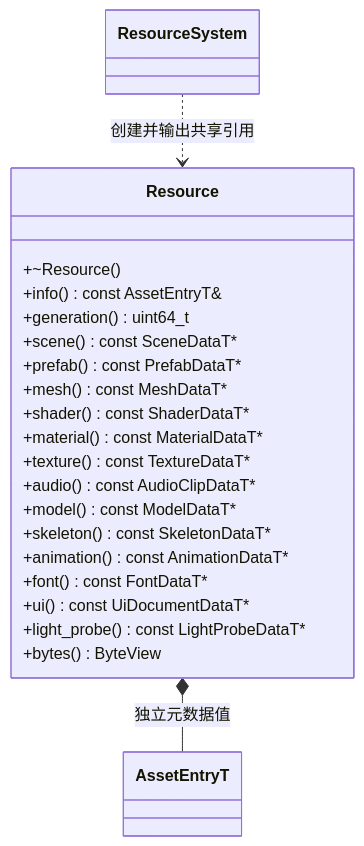
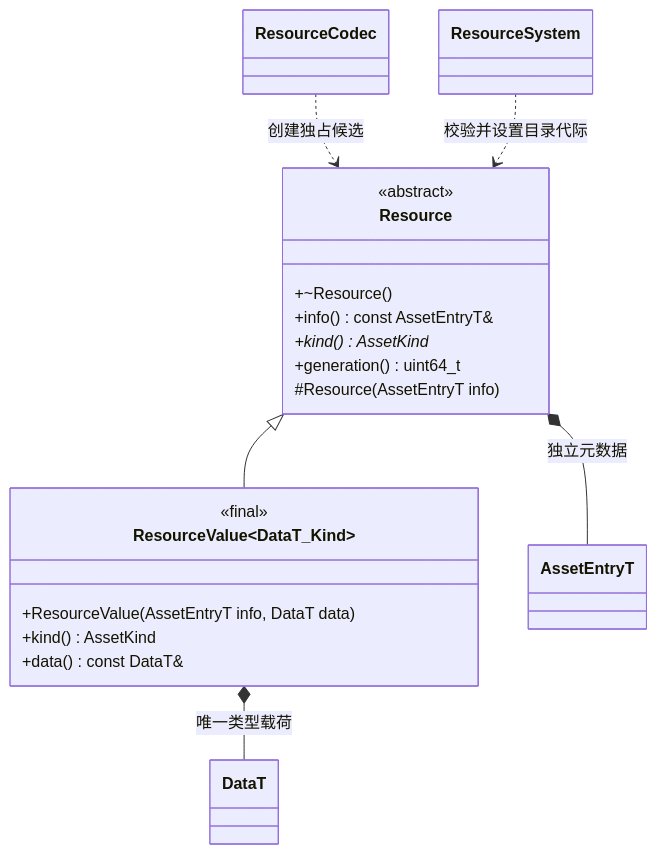
The first of 2 diagrams in docs/runtime/class-diagrams/resource.md (lcals/Engine), drawn with Mermaid before and after one commit. The commit also changed other lines of this file and 391 other files, not shown here.

````diff
--- a/docs/runtime/class-diagrams/resource.md
+++ b/docs/runtime/class-diagrams/resource.md
@@ -7,26 +9,26 @@
 ```mermaid
 classDiagram
     class Resource {
+        <<abstract>>
         +~Resource()
         +info() const AssetEntryT&
+        +kind() AssetKind*
         +generation() uint64_t
-        +scene() const SceneDataT#42;
-        +prefab() const PrefabDataT#42;
-        +mesh() const MeshDataT#42;
-        +shader() const ShaderDataT#42;
-        +material() const MaterialDataT#42;
-        +texture() const TextureDataT#42;
-        +audio() const AudioClipDataT#42;
-        +model() const ModelDataT#42;
-        +skeleton() const SkeletonDataT#42;
-        +animation() const AnimationDataT#42;
-        +font() const FontDataT#42;
-        +ui() const UiDocumentDataT#42;
-        +light_probe() const LightProbeDataT#42;
-        +bytes() ByteView
+        #Resource(AssetEntryT info)
+    }
+    class ResourceValue~DataT_Kind~ {
+        <<final>>
+        +ResourceValue(AssetEntryT info, DataT data)
+        +kind() AssetKind
+        +data() const DataT&
     }
     class AssetEntryT
+    class DataT
     class ResourceSystem
-    Resource *-- AssetEntryT : 独立元数据值
-    ResourceSystem ..> Resource : 创建并输出共享引用
+    class ResourceCodec
+    Resource <|-- ResourceValue~DataT_Kind~
+    Resource *-- AssetEntryT : 独立元数据
+    ResourceValue~DataT_Kind~ *-- DataT : 唯一类型载荷
+    ResourceCodec ..> Resource : 创建独占候选
+    ResourceSystem ..> Resource : 校验并设置目录代际
 ```
````
